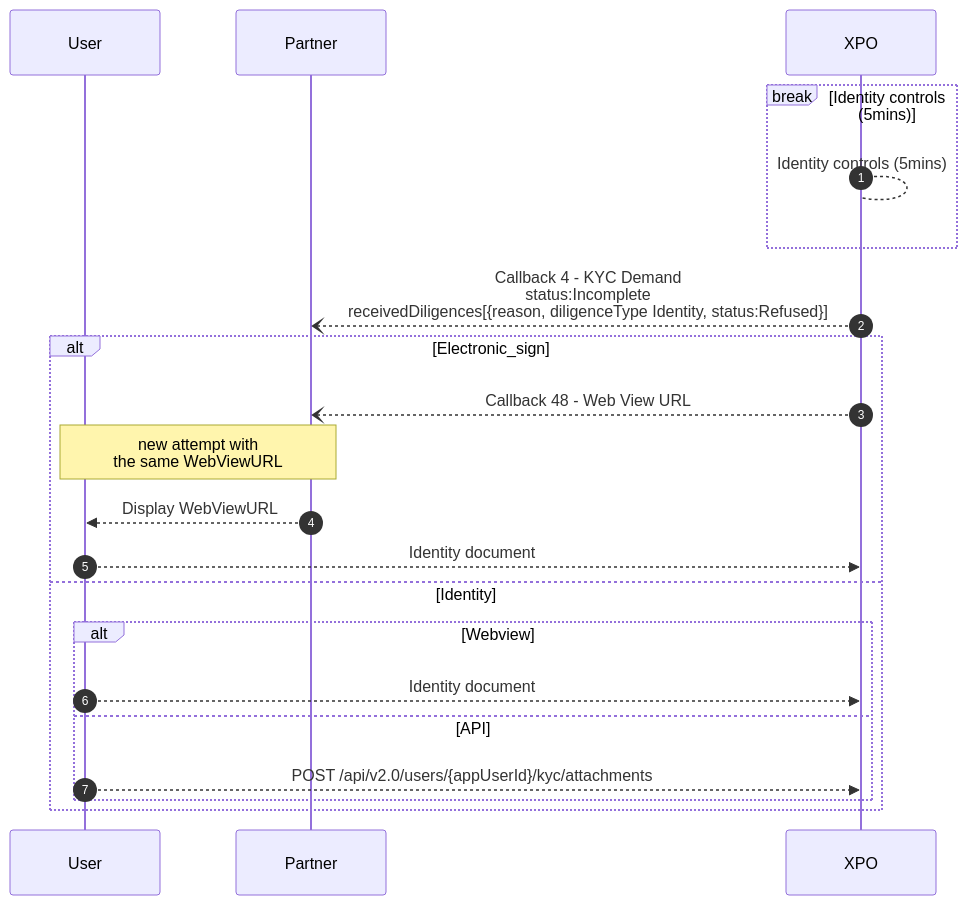
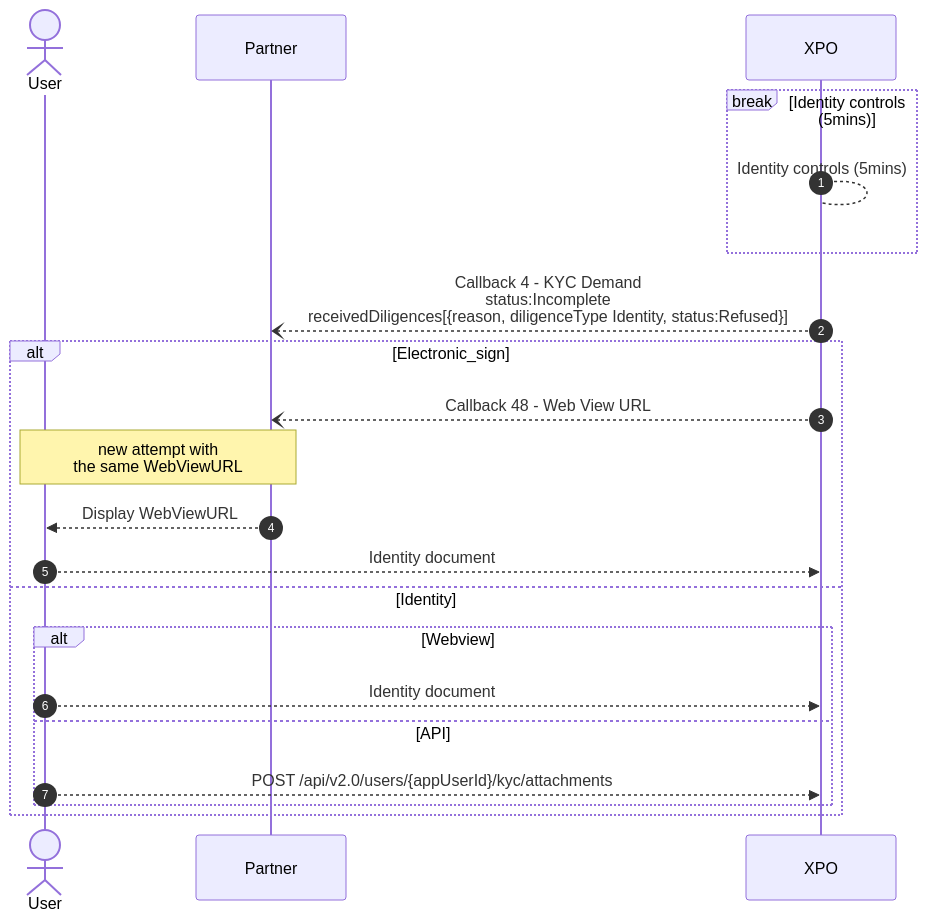
Before and after one commit to pomme-clic/s-money-documentation: the eighth of 11 diagrams in docs/usecases/users/onboarding/1_kyc/1_netheos.md, drawn with Mermaid. The commit also changed other lines of this file, not shown here.

````diff
--- a/docs/usecases/users/onboarding/1_kyc/1_netheos.md
+++ b/docs/usecases/users/onboarding/1_kyc/1_netheos.md
@@ -399,27 +392,27 @@
 ```mermaid
 sequenceDiagram
 autoNumber
-Participant User
+Actor User
 Participant Partner
 Participant XPO
 break Identity controls (5mins)
     XPO --> XPO: Identity controls (5mins) 
 end
 XPO --) Partner : Callback 4 - KYC Demand<br/>status:Incomplete <br/>receivedDiligences[{reason, diligenceType Identity, status:Refused}]
 
 alt Electronic_sign
     XPO --) Partner : Callback 48 - Web View URL
     Note over User, Partner: new attempt with <br/>the same WebViewURL
     Partner -->> User : Display WebViewURL
     User -->> XPO : Identity document
     
 else Identity
     alt Webview
         User -->> XPO : Identity document
     else API
         User -->> XPO : POST /api/v2.0/users/{appUserId}/kyc/attachments
     end
 end
 
 
 ```
````
